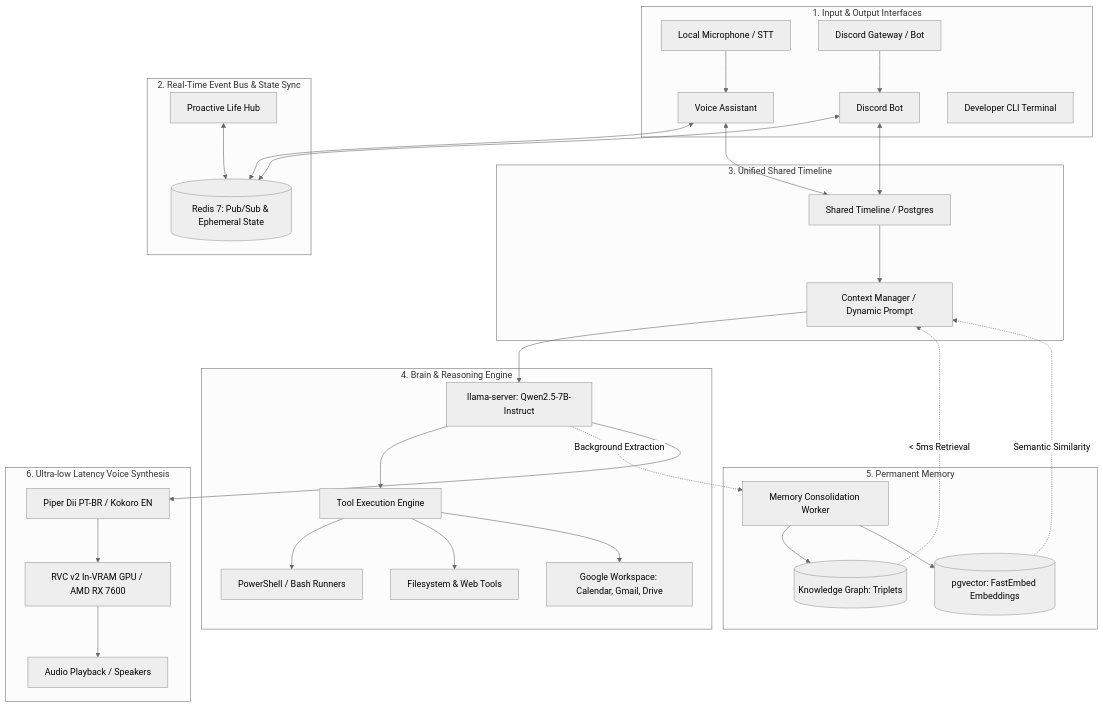
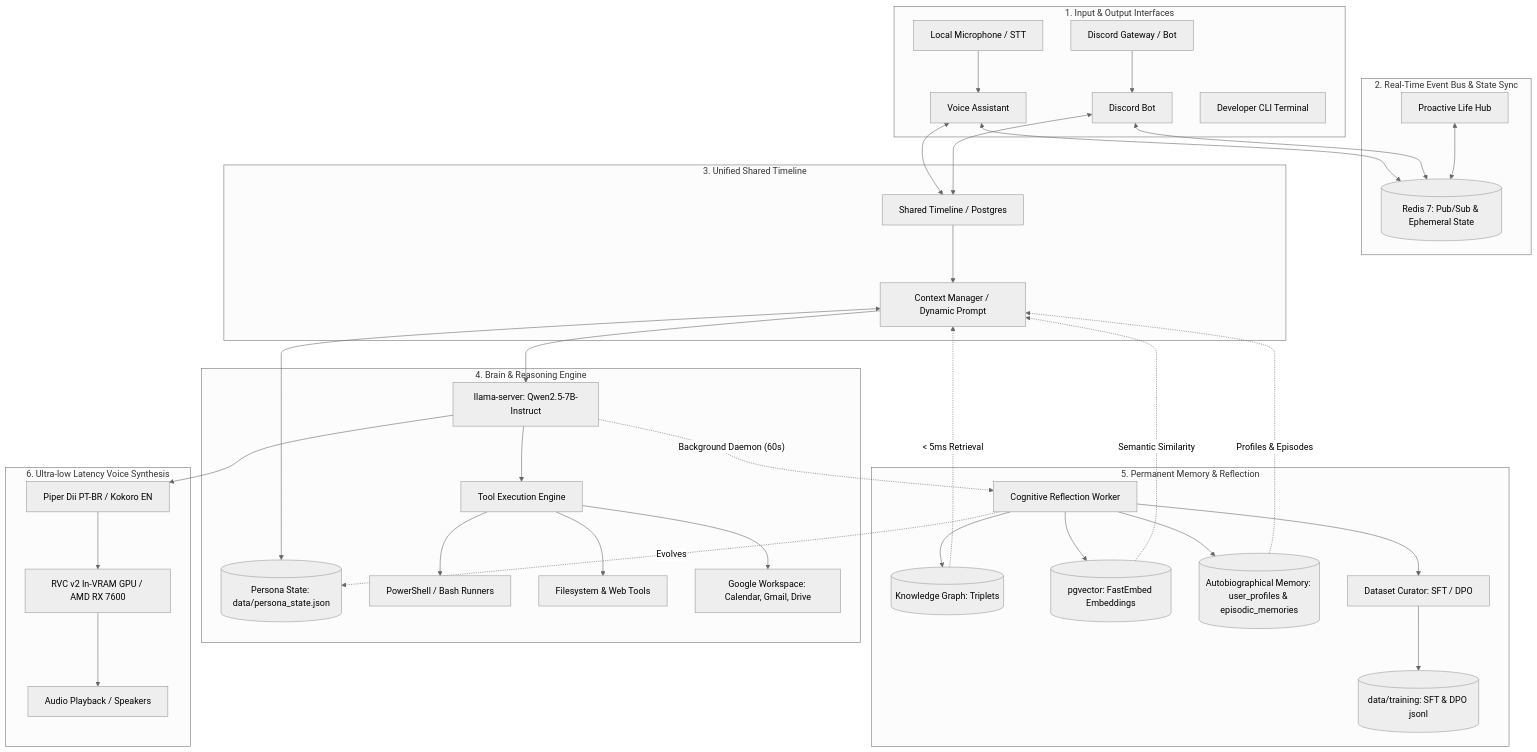
The diagram in docs/ARCHITECTURE_EN.md (GalafassiNAT/Aigis-Assistant), drawn with Mermaid (neutral theme) before and after one commit. The commit also changed other lines of this file and 18 other files, not shown here.

First line of the commit message:
feat(cognition): implement autobiographical memory, living persona and continuous dataset curation

````diff
--- a/docs/ARCHITECTURE_EN.md
+++ b/docs/ARCHITECTURE_EN.md
@@ -11,43 +11,49 @@
 ```mermaid
 flowchart TD
     subgraph Interfaces ["1. Input & Output Interfaces"]
         MIC[Local Microphone / STT] --> VA[Voice Assistant]
         DISC[Discord Gateway / Bot] --> DB[Discord Bot]
         CLI[Developer CLI Terminal]
     end
 
     subgraph Bus ["2. Real-Time Event Bus & State Sync"]
         REDIS[(Redis 7: Pub/Sub & Ephemeral State)]
         VA <--> REDIS
         DB <--> REDIS
         PH[Proactive Life Hub] <--> REDIS
     end
 
     subgraph Timeline ["3. Unified Shared Timeline"]
         VA <--> ST[Shared Timeline / Postgres]
         DB <--> ST
         ST --> Ctx[Context Manager / Dynamic Prompt]
     end
 
     subgraph Cognition ["4. Brain & Reasoning Engine"]
         Ctx --> LLM[llama-server: Qwen2.5-7B-Instruct]
+        Persona[(Persona State: data/persona_state.json)] <--> Ctx
         LLM --> Tools[Tool Execution Engine]
         Tools --> PS[PowerShell / Bash Runners]
         Tools --> FS[Filesystem & Web Tools]
         Tools --> GSuite[Google Workspace: Calendar, Gmail, Drive]
     end
 
-    subgraph Memory ["5. Permanent Memory"]
-        LLM -. Background Extraction .-> MW[Memory Consolidation Worker]
+    subgraph Memory ["5. Permanent Memory & Reflection"]
+        LLM -. Background Daemon (60s) .-> MW[Cognitive Reflection Worker]
         MW --> KG[(Knowledge Graph: Triplets)]
         MW --> VEC[(pgvector: FastEmbed Embeddings)]
+        MW --> EP[(Autobiographical Memory: user_profiles & episodic_memories)]
+        MW --> DC[Dataset Curator: SFT / DPO]
+        DC --> DTR[(data/training: SFT & DPO jsonl)]
+        MW -. Evolves .-> Persona
         KG -. < 5ms Retrieval .-> Ctx
         VEC -. Semantic Similarity .-> Ctx
+        EP -. Profiles & Episodes .-> Ctx
     end
 
     subgraph Voice ["6. Ultra-low Latency Voice Synthesis"]
         LLM --> TTS[Piper Dii PT-BR / Kokoro EN]
         TTS --> RVC[RVC v2 In-VRAM GPU / AMD RX 7600]
         RVC --> AudioOut[Audio Playback / Speakers]
     end
 ```
````
